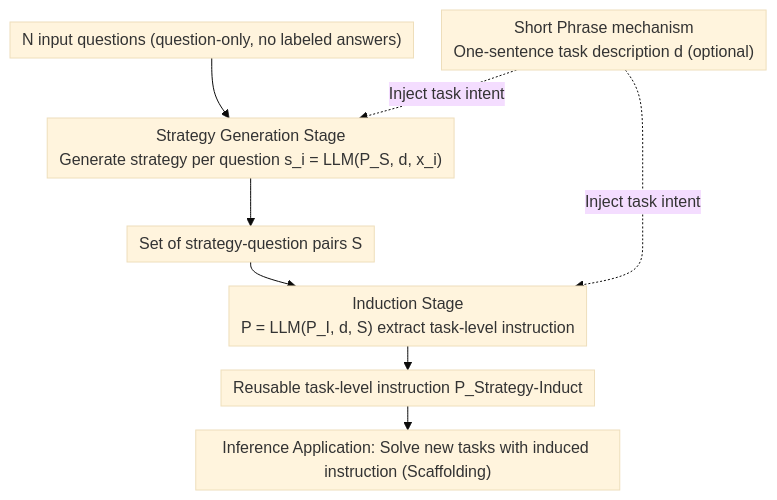
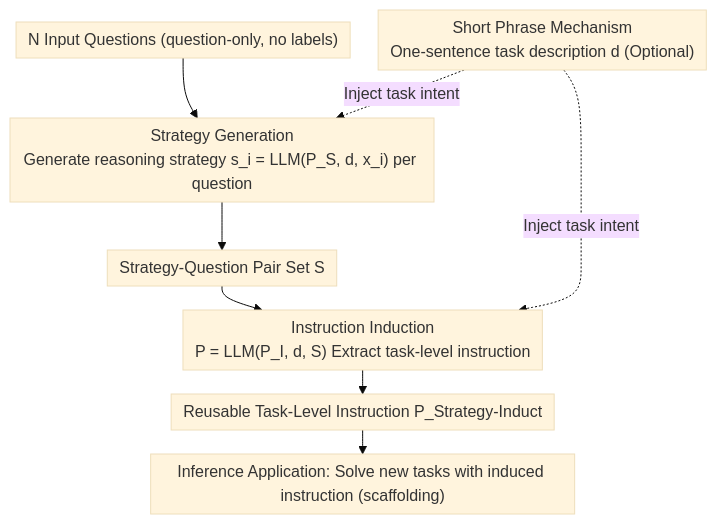
One commit to zhaoyang97/Paper-Notes-en changed the diagram in docs/ACL2026/llm_reasoning/strategy-induct_task-level_strategy_induction_for_instruction_generation.md. Above: the diagram before and after it, drawn with Mermaid (base theme). The commit also changed other lines of this file and 5084 other files, not shown here.

````diff
--- a/docs/ACL2026/llm_reasoning/strategy-induct_task-level_strategy_induction_for_instruction_generation.md
+++ b/docs/ACL2026/llm_reasoning/strategy-induct_task-level_strategy_induction_for_instruction_generation.md
@@ -35,17 +35,17 @@
 ```mermaid
 %%{init: {'flowchart': {'rankSpacing': 24, 'nodeSpacing': 28, 'padding': 6, 'wrappingWidth': 400}}}%%
 flowchart TD
-    X["N input questions (question-only, no labeled answers)"]
-    SP["Short Phrase mechanism<br/>One-sentence task description d (optional)"]
-    S["Strategy Generation Stage<br/>Generate strategy per question s_i = LLM(P_S, d, x_i)"]
-    PAIR["Set of strategy-question pairs S"]
-    I["Induction Stage<br/>P = LLM(P_I, d, S) extract task-level instruction"]
-    OUT["Reusable task-level instruction P_Strategy-Induct"]
-    INF["Inference Application: Solve new tasks with induced instruction (Scaffolding)"]
+    X["N Input Questions (question-only, no labels)"]
+    SP["Short Phrase Mechanism<br/>One-sentence task description d (Optional)"]
+    S["Strategy Generation<br/>Generate reasoning strategy s_i = LLM(P_S, d, x_i) per question"]
+    PAIR["Strategy-Question Pair Set S"]
+    I["Instruction Induction<br/>P = LLM(P_I, d, S) Extract task-level instruction"]
+    OUT["Reusable Task-Level Instruction P_Strategy-Induct"]
+    INF["Inference Application: Solve new tasks with induced instruction (scaffolding)"]
 
     X --> S
     SP -.->|Inject task intent| S
     S --> PAIR --> I
     SP -.->|Inject task intent| I
     I --> OUT --> INF
 ```
````
